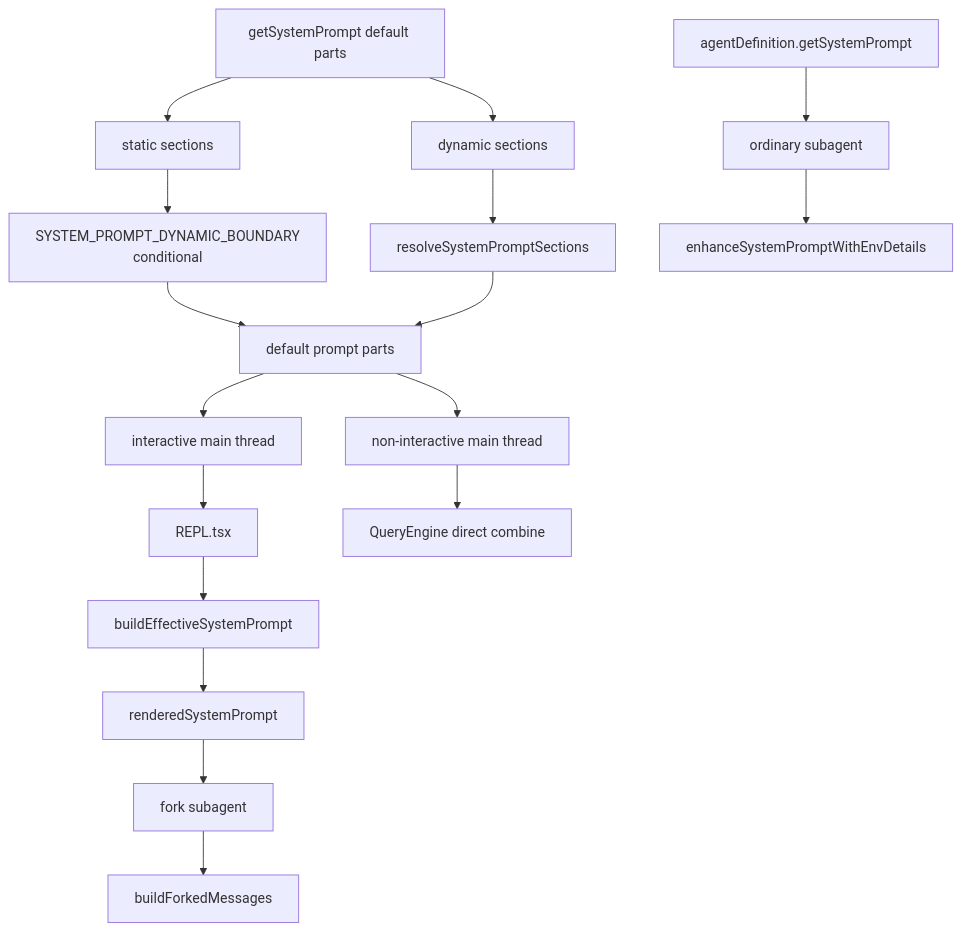
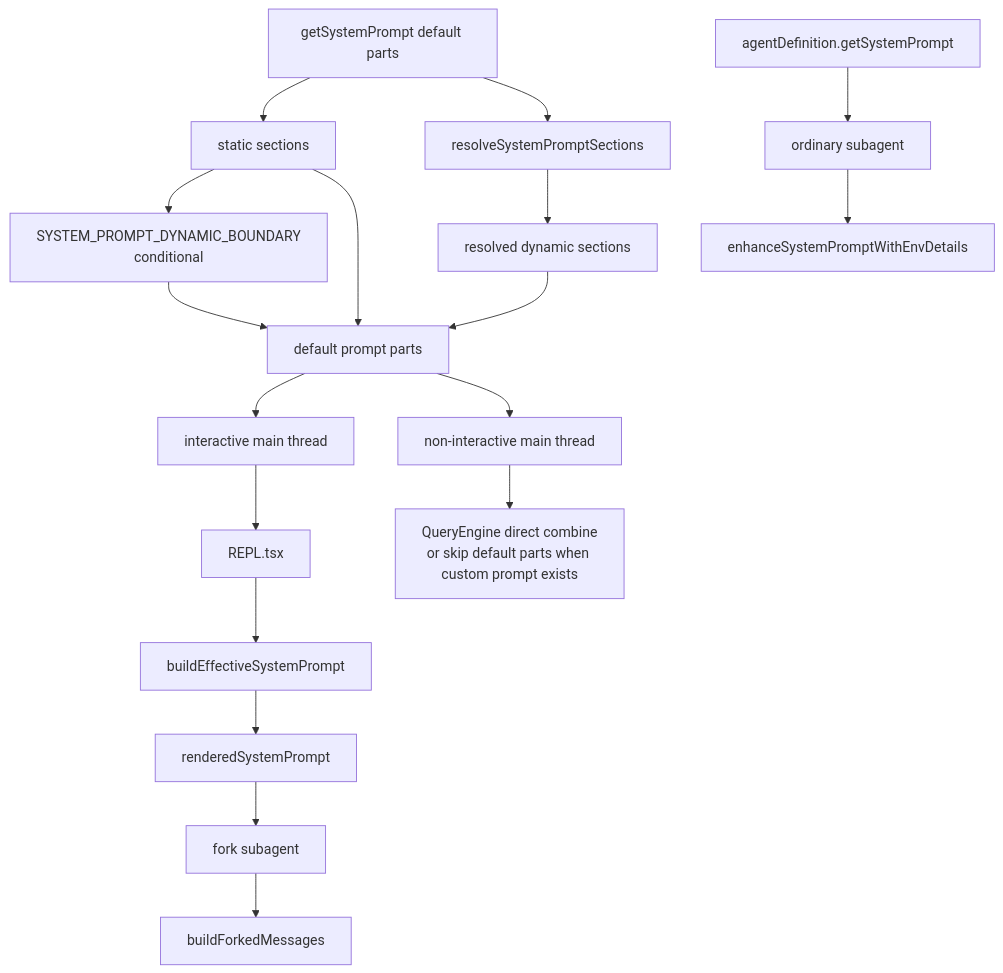
One commit to Boulea7/ClaudeCode-Source-DeepDive changed the diagram in MODULES/08-prompts-config-and-other-moats/DEEP/README.md. Above: the diagram before and after it, drawn with Mermaid. The commit also changed other lines of this file and 8 other files, not shown here.

````diff
--- a/MODULES/08-prompts-config-and-other-moats/DEEP/README.md
+++ b/MODULES/08-prompts-config-and-other-moats/DEEP/README.md
@@ -178,23 +179,24 @@
 ```mermaid
 flowchart TD
     A[getSystemPrompt default parts] --> B[static sections]
-    A --> C[dynamic sections]
+    A --> C[resolveSystemPromptSections]
     B --> D[SYSTEM_PROMPT_DYNAMIC_BOUNDARY<br/>conditional]
-    C --> E[resolveSystemPromptSections]
-    D --> F[default prompt parts]
+    C --> E[resolved dynamic sections]
+    B --> F[default prompt parts]
+    D --> F
     E --> F
 
     F --> G[interactive main thread]
     G --> H[REPL.tsx]
     H --> I[buildEffectiveSystemPrompt]
     I --> J[renderedSystemPrompt]
 
     F --> K[non-interactive main thread]
-    K --> L[QueryEngine direct combine]
+    K --> L[QueryEngine direct combine<br/>or skip default parts when custom prompt exists]
 
     M[agentDefinition.getSystemPrompt] --> N[ordinary subagent]
     N --> O[enhanceSystemPromptWithEnvDetails]
 
     J --> P[fork subagent]
     P --> Q[buildForkedMessages]
 ```
````
